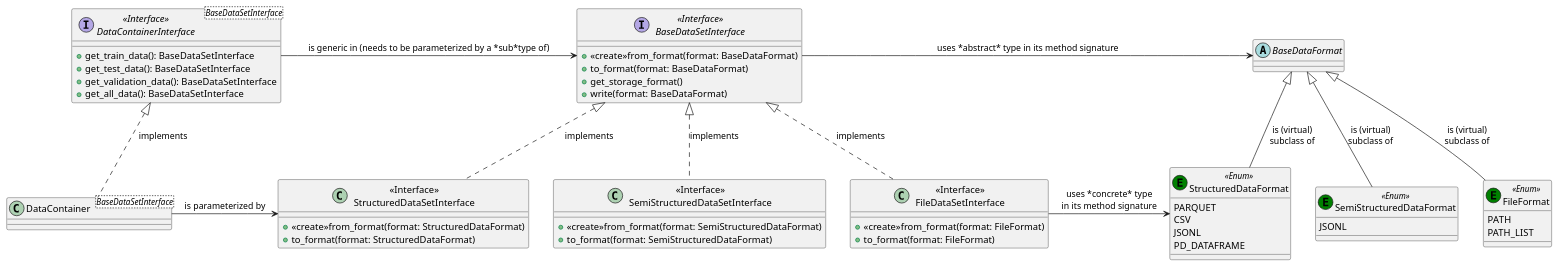
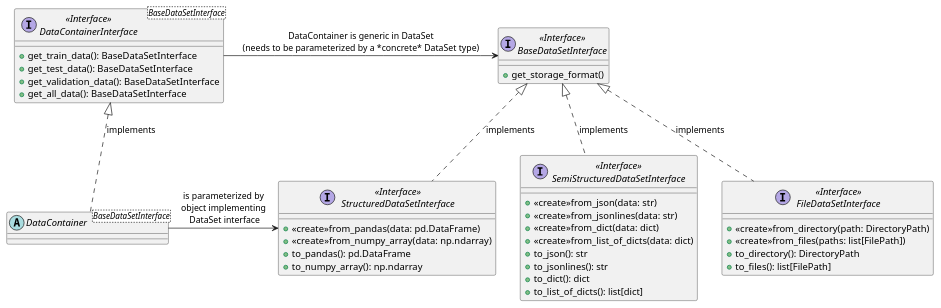
One commit to tloeber/ML-interfaces changed the diagram in docs/uml/data_design.puml. Above: the diagram before and after it, drawn with PlantUML. The commit also changed 4 other files, not shown here.

```diff
--- a/docs/uml/data_design.puml
+++ b/docs/uml/data_design.puml
@@ -1,75 +1,59 @@
 @startuml
 
 interface "<<Interface>>\nDataContainerInterface" <BaseDataSetInterface> {
   +get_train_data(): BaseDataSetInterface
   +get_test_data(): BaseDataSetInterface
   +get_validation_data(): BaseDataSetInterface
   +get_all_data(): BaseDataSetInterface
 }
 
-class DataContainer <BaseDataSetInterface> {
+abstract class DataContainer <BaseDataSetInterface> {
 }
 "<<Interface>>\nDataContainerInterface" <|.. DataContainer : implements
 
 
 interface "<<Interface>>\nBaseDataSetInterface" {
-  +<<create>>from_format(format: BaseDataFormat)
-  +to_format(format: BaseDataFormat)
   +get_storage_format()
-  +write(format: BaseDataFormat)
+  '+persist()
 
 }
 
-"<<Interface>>\nDataContainerInterface" -right-> "<<Interface>>\nBaseDataSetInterface": is generic in (needs to be parameterized by a *sub*type of)
+"<<Interface>>\nDataContainerInterface" -right-> "<<Interface>>\nBaseDataSetInterface": "DataContainer is generic in DataSet\n(needs to be parameterized by a *concrete* DataSet type)"
 
-class "<<Interface>>\nStructuredDataSetInterface"{
-  +<<create>>from_format(format: StructuredDataFormat)
-  +to_format(format: StructuredDataFormat)
+interface "<<Interface>>\nStructuredDataSetInterface"{
+  +<<create>>from_pandas(data: pd.DataFrame)
+  +<<create>>from_numpy_array(data: np.ndarray)
+  +to_pandas(): pd.DataFrame
+  +to_numpy_array(): np.ndarray
 }
 
-class "<<Interface>>\nSemiStructuredDataSetInterface"{
-  +<<create>>from_format(format: SemiStructuredDataFormat)
-  +to_format(format: SemiStructuredDataFormat)
+interface "<<Interface>>\nSemiStructuredDataSetInterface"{
+  +<<create>>from_json(data: str)
+  +<<create>>from_jsonlines(data: str)
+  +<<create>>from_dict(data: dict)
+  +<<create>>from_list_of_dicts(data: dict)
+  +to_json(): str
+  +to_jsonlines(): str
+  +to_dict(): dict
+  +to_list_of_dicts(): list[dict]
 }
 
-class "<<Interface>>\nFileDataSetInterface" {
-  +<<create>>from_format(format: FileFormat)
-  +to_format(format: FileFormat)
+interface "<<Interface>>\nFileDataSetInterface" {
+  +<<create>>from_directory(path: DirectoryPath)
+  +<<create>>from_files(paths: list[FilePath])
+  +to_directory(): DirectoryPath
+  +to_files(): list[FilePath]
 }
 
 "<<Interface>>\nBaseDataSetInterface" <|.. "<<Interface>>\nStructuredDataSetInterface" : implements
 "<<Interface>>\nBaseDataSetInterface" <|.. "<<Interface>>\nSemiStructuredDataSetInterface" : implements
 "<<Interface>>\nBaseDataSetInterface" <|.. "<<Interface>>\nFileDataSetInterface" : implements
 
-"<<Interface>>\nFileDataSetInterface" -right-> StructuredDataFormat : uses *concrete* type\nin its method signature
+DataContainer -right-> "<<Interface>>\nStructuredDataSetInterface" : is parameterized by\nobject implementing\n DataSet interface
 
-DataContainer -right-> "<<Interface>>\nStructuredDataSetInterface" : is parameterized by
 
-abstract class BaseDataFormat
+'Hidden arrows to fix left-to-right order
+"<<Interface>>\nStructuredDataSetInterface" -[hidden]right-> "<<Interface>>\nSemiStructuredDataSetInterface"
 
-enum StructuredDataFormat << (E,green) Enum >> {
-  PARQUET
-  CSV
-  JSONL
-  PD_DATAFRAME
-}
-
-enum SemiStructuredDataFormat << (E,green) Enum >> {
-  JSONL
-}
-
-enum FileFormat << (E,green) Enum >> {
-  PATH
-  PATH_LIST
-}
-
-BaseDataFormat <|-- StructuredDataFormat : is (virtual)\nsubclass of
-BaseDataFormat <|-- SemiStructuredDataFormat : is (virtual)\nsubclass of
-BaseDataFormat <|-- FileFormat : is (virtual)\nsubclass of
-
-'Hidden arrow to fix left-to-right order of enums
-StructuredDataFormat -[hidden]right-> SemiStructuredDataFormat
-
-"<<Interface>>\nBaseDataSetInterface" -right-> BaseDataFormat : uses *abstract* type in its method signature
 
 @enduml
```
